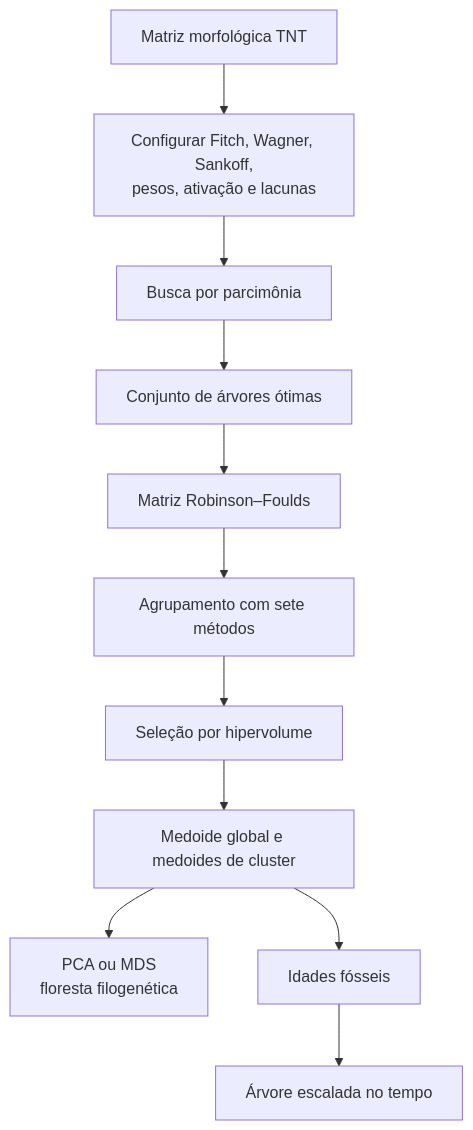
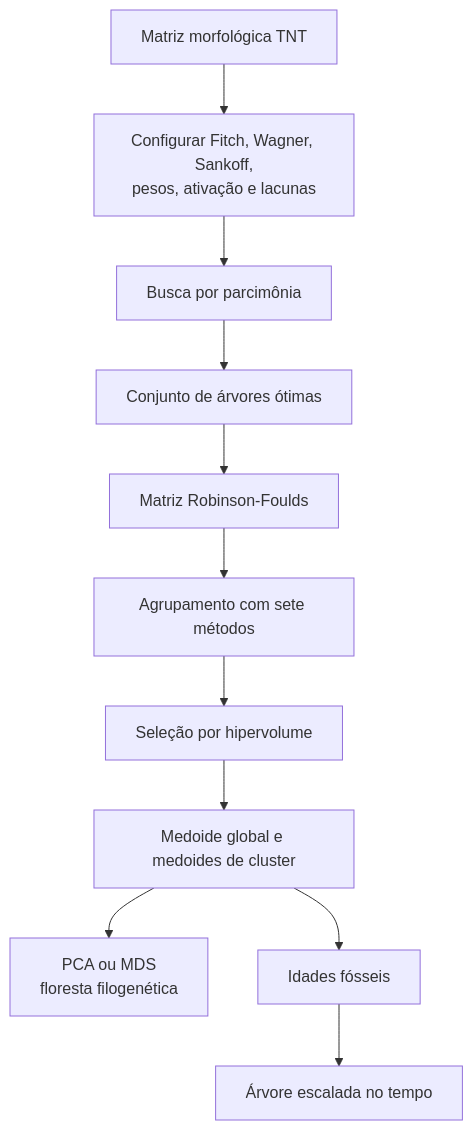
The sixth of 6 diagrams in PaleoForest/README.md (mvillalobosc/Lab2IA), drawn with Mermaid before and after one commit. The commit also changed other lines of this file and 5 other files, not shown here.

````diff
--- a/PaleoForest/README.md
+++ b/PaleoForest/README.md
@@ -1321,13 +1350,13 @@
 ```mermaid
 flowchart TD
     M[Matriz morfológica TNT] --> C[Configurar Fitch, Wagner, Sankoff,<br/>pesos, ativação e lacunas]
     C --> B[Busca por parcimônia]
     B --> T[Conjunto de árvores ótimas]
-    T --> R[Matriz Robinson–Foulds]
+    T --> R[Matriz Robinson-Foulds]
     R --> G[Agrupamento com sete métodos]
     G --> H[Seleção por hipervolume]
     H --> MD[Medoide global e medoides de cluster]
     MD --> F[PCA ou MDS<br/>floresta filogenética]
     MD --> A[Idades fósseis]
     A --> TS[Árvore escalada no tempo]
 ```
````
